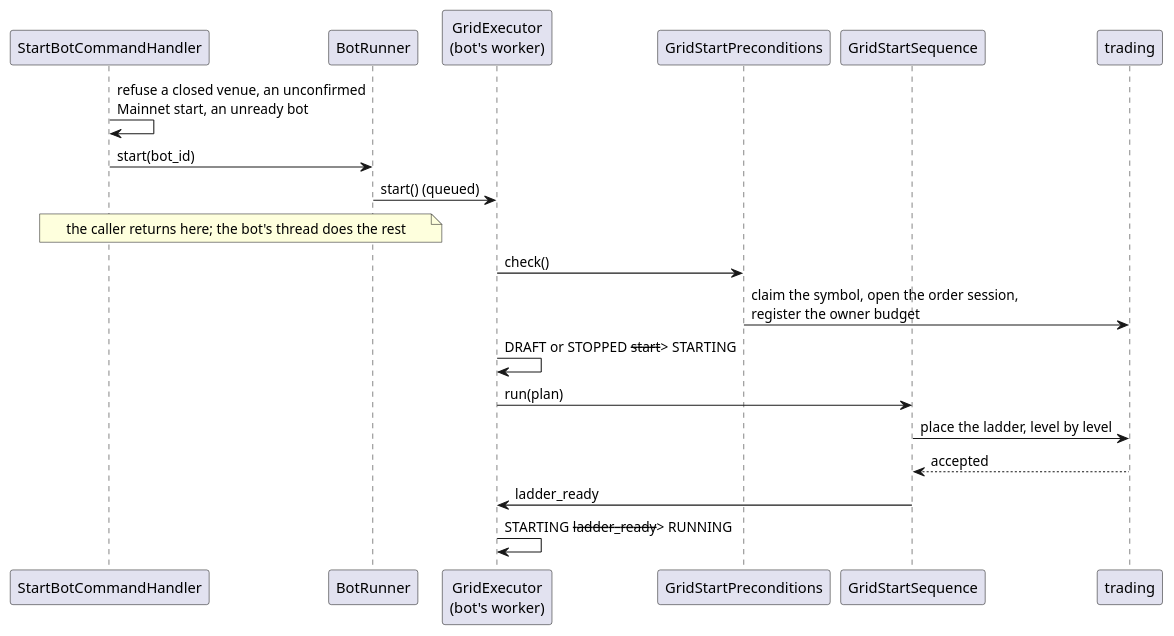
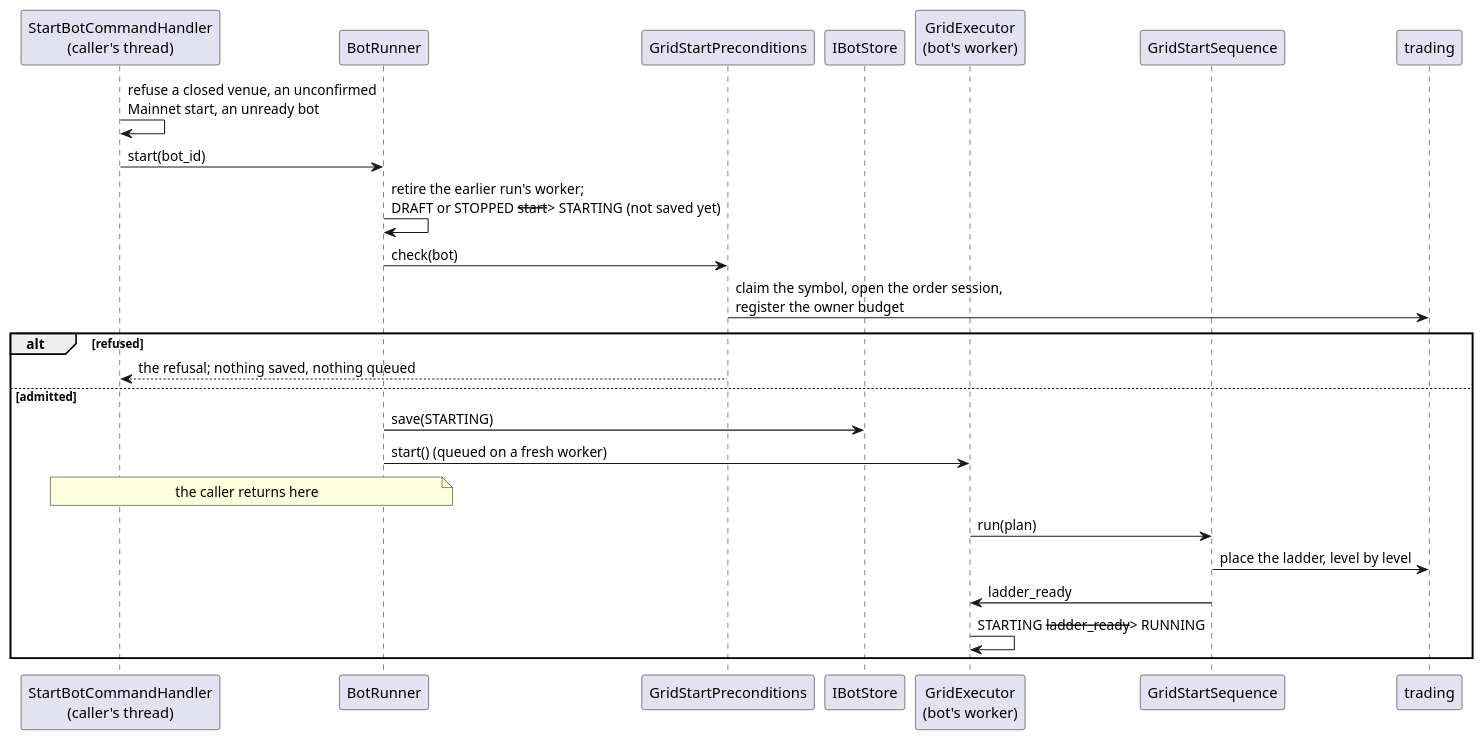
The diagram in Docs/MODULES/bots/diagrams/06-start.puml (anhembedded/Sagittarius_Elite_Warrior), drawn with PlantUML before and after one commit. The commit also changed other lines of this file and 16 other files, not shown here.

First line of the commit message:
fix(epic-041): the bots design says which thread starts a bot and who writes its file (EPIC-041E)

```diff
--- a/Docs/MODULES/bots/diagrams/06-start.puml
+++ b/Docs/MODULES/bots/diagrams/06-start.puml
@@ -3,21 +3,26 @@
 @startuml 06-start
-participant "StartBotCommandHandler" as UC
+participant "StartBotCommandHandler\n(caller's thread)" as UC
 participant BotRunner as R
+participant GridStartPreconditions as P
+participant IBotStore as ST
 participant "GridExecutor\n(bot's worker)" as G
-participant GridStartPreconditions as P
 participant GridStartSequence as S
 participant trading as T
 
 UC -> UC : refuse a closed venue, an unconfirmed\nMainnet start, an unready bot
 UC -> R : start(bot_id)
-R -> G : start() (queued)
-note over UC, R : the caller returns here; the bot's thread does the rest
-G -> P : check()
+R -> R : retire the earlier run's worker;\nDRAFT or STOPPED --start--> STARTING (not saved yet)
+R -> P : check(bot)
 P -> T : claim the symbol, open the order session,\nregister the owner budget
-G -> G : DRAFT or STOPPED --start--> STARTING
-G -> S : run(plan)
-S -> T : place the ladder, level by level
-T --> S : accepted
-S -> G : ladder_ready
-G -> G : STARTING --ladder_ready--> RUNNING
+alt refused
+  P --> UC : the refusal; nothing saved, nothing queued
+else admitted
+  R -> ST : save(STARTING)
+  R -> G : start() (queued on a fresh worker)
+  note over UC, R : the caller returns here
+  G -> S : run(plan)
+  S -> T : place the ladder, level by level
+  S -> G : ladder_ready
+  G -> G : STARTING --ladder_ready--> RUNNING
+end
 @enduml
```
